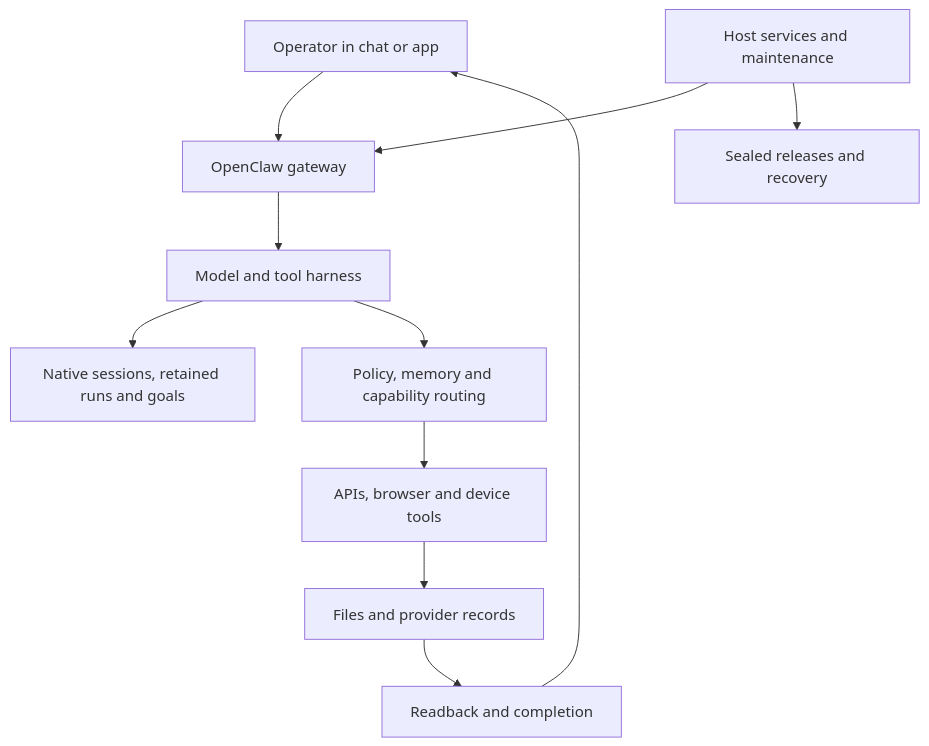
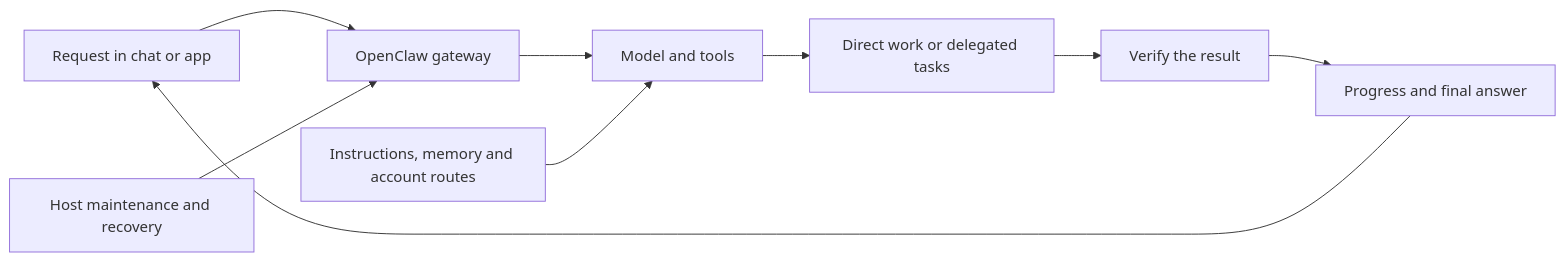
The diagram in README.md (josephbergvinson/openclaw-control-plane), drawn with Mermaid before and after one commit. The commit also changed other lines of this file and 17 other files, not shown here.

````diff
--- a/README.md
+++ b/README.md
@@ -15,13 +13,11 @@
 ```mermaid
-flowchart TD
-    Operator[Operator in chat or app] --> Gateway[OpenClaw gateway]
-    Gateway --> Runtime[Model and tool harness]
-    Runtime --> Runs[Native sessions, retained runs and goals]
-    Runtime --> Workspace[Policy, memory and capability routing]
-    Workspace --> Tools[APIs, browser and device tools]
-    Tools --> Effects[Files and provider records]
-    Effects --> Verify[Readback and completion]
-    Verify --> Operator
-    Host[Host services and maintenance] --> Gateway
-    Host --> Releases[Sealed releases and recovery]
+flowchart LR
+    User[Request in chat or app] --> Gateway[OpenClaw gateway]
+    Gateway --> Agent[Model and tools]
+    Context[Instructions, memory and account routes] --> Agent
+    Agent --> Work[Direct work or delegated tasks]
+    Work --> Result[Verify the result]
+    Result --> Reply[Progress and final answer]
+    Reply --> User
+    Host[Host maintenance and recovery] --> Gateway
 ```
````
